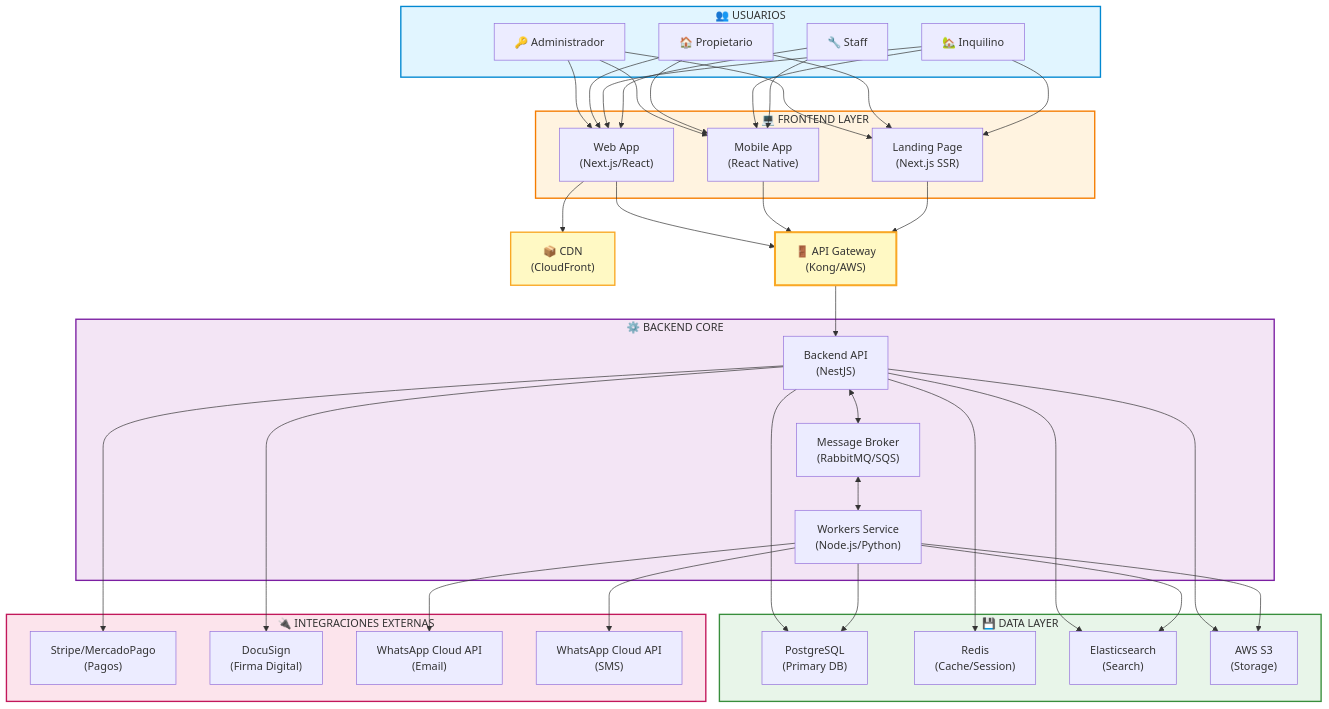
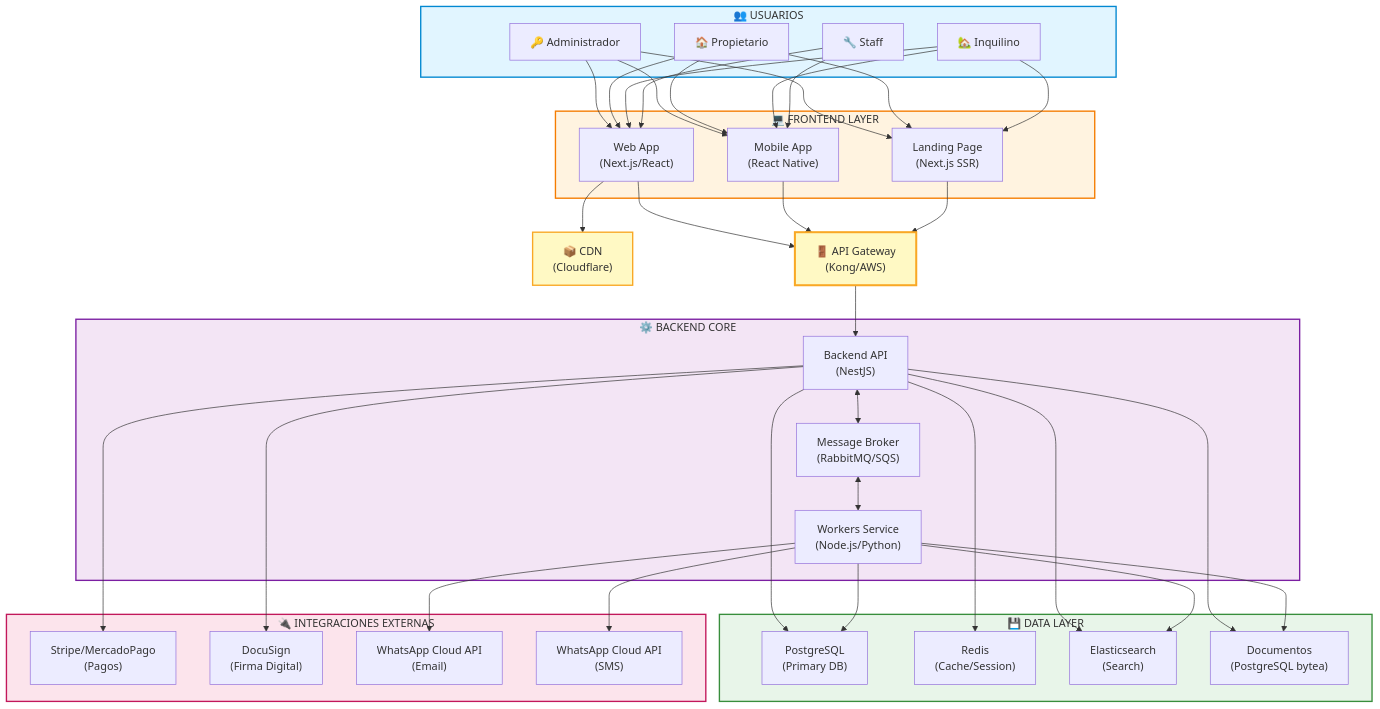
Before and after one commit to andrescastiglia/rent: the diagram in README.md, drawn with Mermaid. The commit also changed other lines of this file and 47 other files, not shown here.

First line of the commit message:
Store all documents and generated PDFs in PostgreSQL (#192)

````diff
--- a/README.md
+++ b/README.md
@@ -197,78 +197,78 @@
 ```mermaid
 graph TB
     subgraph usuarios["👥 USUARIOS"]
         admin["🔑 Administrador"]
         owner["🏠 Propietario"]
         tenant["🏡 Inquilino"]
         staff["🔧 Staff"]
     end
 
     subgraph frontend["💻 FRONTEND LAYER"]
         webapp["Web App<br/>(Next.js/React)"]
         mobile["Mobile App<br/>(React Native)"]
         landing["Landing Page<br/>(Next.js SSR)"]
     end
 
-    cdn["📦 CDN<br/>(CloudFront)"]
+    cdn["📦 CDN<br/>(Cloudflare)"]
     gateway["🚪 API Gateway<br/>(Kong/AWS)"]
 
     subgraph backend["⚙️ BACKEND CORE"]
         api["Backend API<br/>(NestJS)"]
         workers["Workers Service<br/>(Node.js/Python)"]
         queue["Message Broker<br/>(RabbitMQ/SQS)"]
     end
 
     subgraph data["💾 DATA LAYER"]
         postgres["PostgreSQL<br/>(Primary DB)"]
         redis["Redis<br/>(Cache/Session)"]
         elastic["Elasticsearch<br/>(Search)"]
-        s3["AWS S3<br/>(Storage)"]
+        documents["Documentos<br/>(PostgreSQL bytea)"]
     end
 
     subgraph external["🔌 INTEGRACIONES EXTERNAS"]
         stripe["Stripe/MercadoPago<br/>(Pagos)"]
         docusign["DocuSign<br/>(Firma Digital)"]
         sendgrid["WhatsApp Cloud API<br/>(Email)"]
         twilio["WhatsApp Cloud API<br/>(SMS)"]
     end
 
     %% Usuarios a Frontend
     admin & owner & tenant & staff --> webapp
     admin & owner & tenant & staff --> mobile
     admin & owner & tenant --> landing
 
     %% Frontend a Gateway
     webapp --> cdn
     webapp & mobile & landing --> gateway
 
     %% Gateway a Backend
     gateway --> api
 
     %% Backend Internal
     api <--> queue
     queue <--> workers
 
     %% Backend a Data Layer
     api --> postgres
     api --> redis
     api --> elastic
-    api --> s3
+    api --> documents
     workers --> postgres
-    workers --> s3
+    workers --> documents
     workers --> elastic
 
     %% Backend a External
     api --> stripe
     api --> docusign
     workers --> sendgrid
     workers --> twilio
 
     style usuarios fill:#e1f5ff,stroke:#0288d1,stroke-width:2px
     style frontend fill:#fff3e0,stroke:#f57c00,stroke-width:2px
     style backend fill:#f3e5f5,stroke:#7b1fa2,stroke-width:2px
     style data fill:#e8f5e9,stroke:#388e3c,stroke-width:2px
     style external fill:#fce4ec,stroke:#c2185b,stroke-width:2px
 
     style gateway fill:#fff9c4,stroke:#f9a825,stroke-width:3px
     style cdn fill:#fff9c4,stroke:#f9a825,stroke-width:2px
 ```
````
